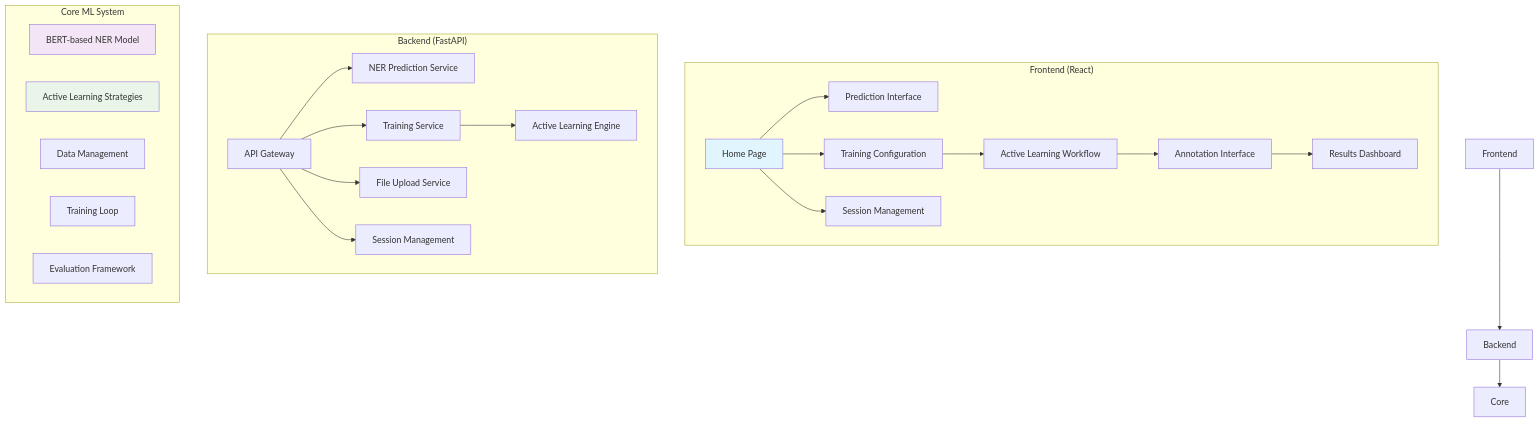
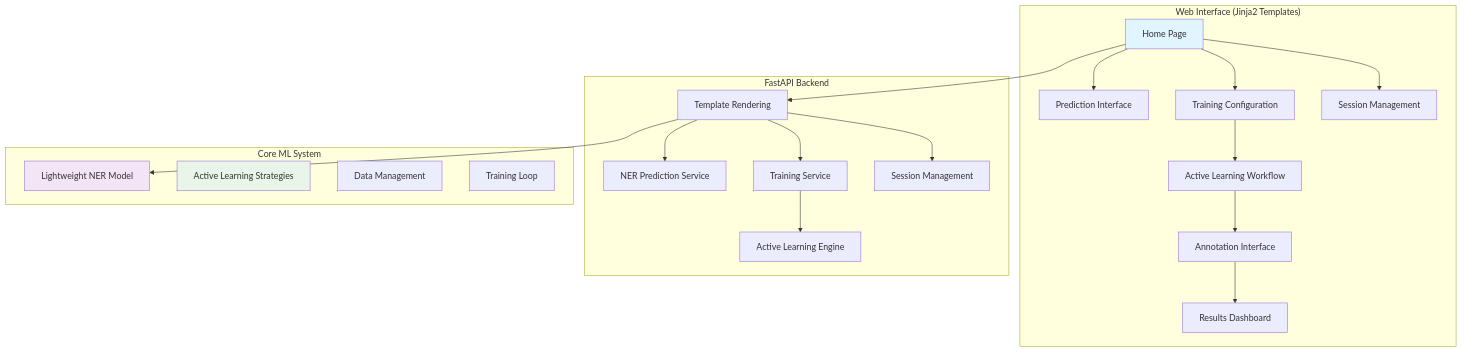
One commit to Ismat-Samadov/nobel_prize_winners changed the first of 7 diagrams in README.md. Above: the diagram before and after it, drawn with Mermaid. The commit also changed other lines of this file, not shown here.

````diff
--- a/README.md
+++ b/README.md
@@ -7,34 +7,32 @@
 ```mermaid
 graph TB
-    subgraph "Frontend (React)"
+    subgraph "Web Interface (Jinja2 Templates)"
         A[Home Page] --> B[Prediction Interface]
         A --> C[Training Configuration]
         A --> D[Session Management]
         C --> E[Active Learning Workflow]
         E --> F[Annotation Interface]
         F --> G[Results Dashboard]
     end
     
-    subgraph "Backend (FastAPI)"
-        H[API Gateway] --> I[NER Prediction Service]
+    subgraph "FastAPI Backend"
+        H[Template Rendering] --> I[NER Prediction Service]
         H --> J[Training Service]
-        H --> K[File Upload Service]
-        H --> L[Session Management]
-        J --> M[Active Learning Engine]
+        H --> K[Session Management]
+        J --> L[Active Learning Engine]
     end
     
     subgraph "Core ML System"
-        N[BERT-based NER Model]
-        O[Active Learning Strategies]
-        P[Data Management]
-        Q[Training Loop]
-        R[Evaluation Framework]
+        M[Lightweight NER Model]
+        N[Active Learning Strategies]
+        O[Data Management]
+        P[Training Loop]
     end
     
-    Frontend --> Backend
-    Backend --> Core
+    A --> H
+    H --> M
     
     style A fill:#e1f5fe
-    style N fill:#f3e5f5
-    style O fill:#e8f5e8
+    style M fill:#f3e5f5
+    style N fill:#e8f5e8
 ```
````
